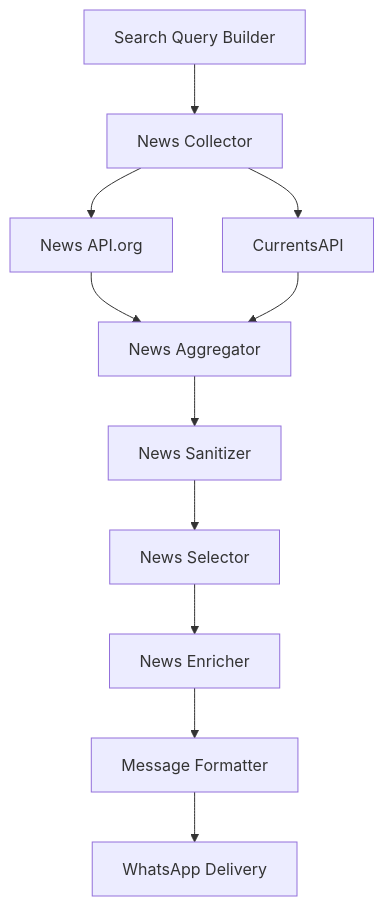
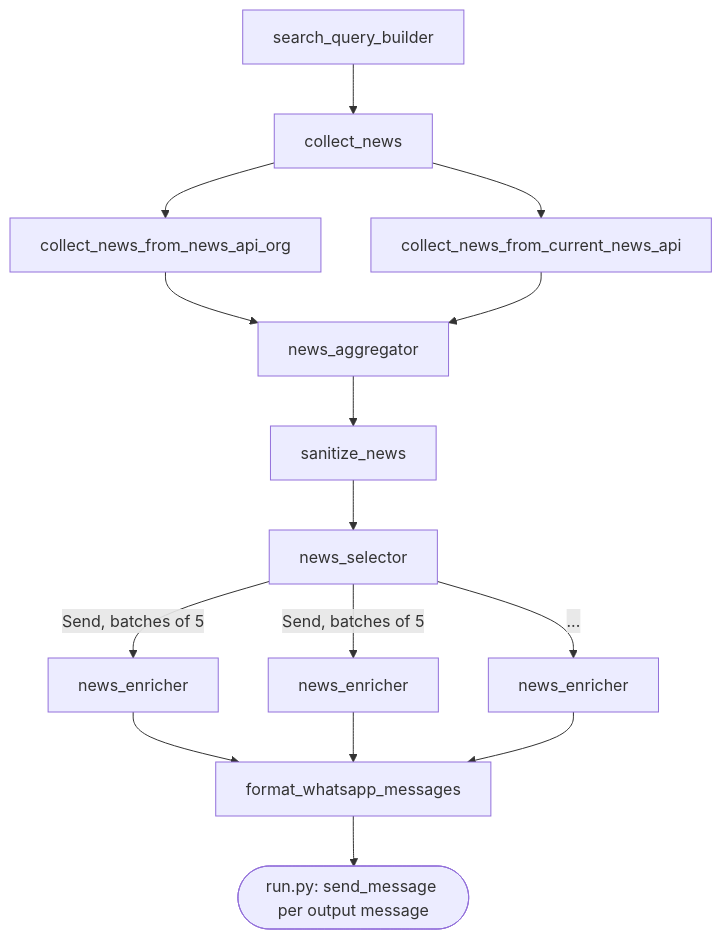
Before and after one commit to hasit73/daily_news_letter: the diagram in docs/architecture.md, drawn with Mermaid. The commit also changed other lines of this file and 1 other file, not shown here.

First line of the commit message:
docs: rewrite architecture guide to match the implementation

````diff
--- a/docs/architecture.md
+++ b/docs/architecture.md
@@ -9,13 +8,17 @@
 ```mermaid
 graph TD
-    A[Search Query Builder] --> B[News Collector]
-    B --> C[News API.org]
-    B --> D[CurrentsAPI]
-    C --> E[News Aggregator]
+    A[search_query_builder] --> B[collect_news]
+    B --> C[collect_news_from_news_api_org]
+    B --> D[collect_news_from_current_news_api]
+    C --> E[news_aggregator]
     D --> E
-    E --> F[News Sanitizer]
-    F --> G[News Selector]
-    G --> H[News Enricher]
-    H --> I[Message Formatter]
-    I --> J[WhatsApp Delivery]
+    E --> F[sanitize_news]
+    F --> G[news_selector]
+    G -->|Send, batches of 5| H1[news_enricher]
+    G -->|Send, batches of 5| H2[news_enricher]
+    G -->|...| H3[news_enricher]
+    H1 --> I[format_whatsapp_messages]
+    H2 --> I
+    H3 --> I
+    I --> J([run.py: send_message per output message])
 ```
````
